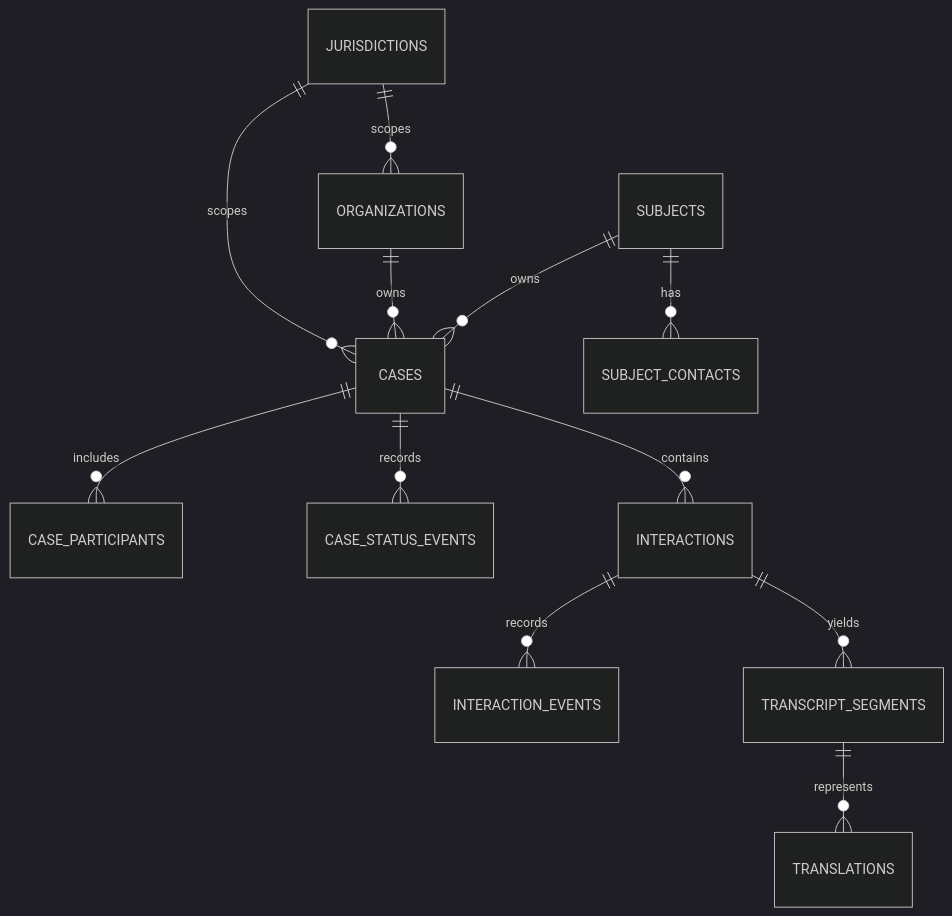
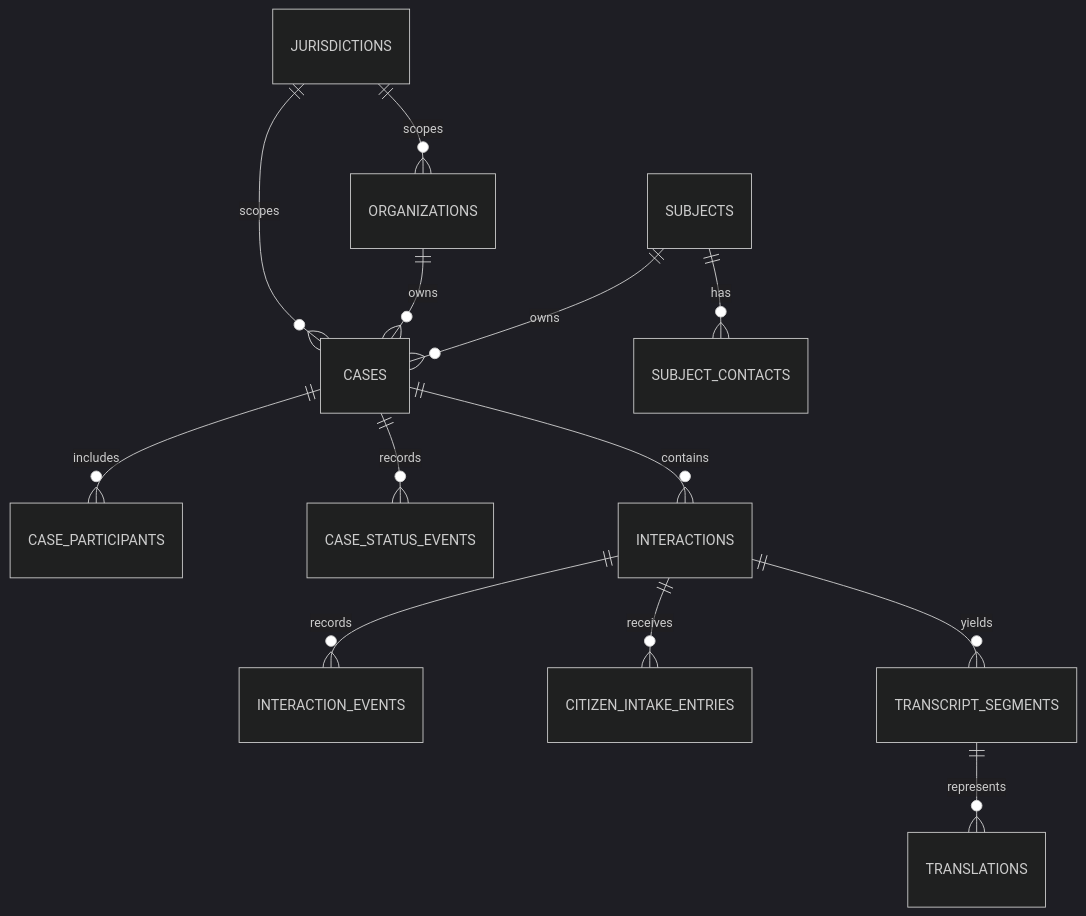
The first of 7 diagrams in docs/data/ERD.md (Abdulrehman1978/93), drawn with Mermaid (dark theme) before and after one commit. The commit also changed other lines of this file and 40 other files, not shown here.

Commit message:
feat: implement packet 07 citizen intake

````diff
--- a/docs/data/ERD.md
+++ b/docs/data/ERD.md
@@ -9,14 +9,15 @@
 ```mermaid
 erDiagram
     JURISDICTIONS ||--o{ ORGANIZATIONS : scopes
     JURISDICTIONS ||--o{ CASES : scopes
     ORGANIZATIONS ||--o{ CASES : owns
     SUBJECTS ||--o{ SUBJECT_CONTACTS : has
     SUBJECTS ||--o{ CASES : owns
     CASES ||--o{ CASE_PARTICIPANTS : includes
     CASES ||--o{ CASE_STATUS_EVENTS : records
     CASES ||--o{ INTERACTIONS : contains
     INTERACTIONS ||--o{ INTERACTION_EVENTS : records
+    INTERACTIONS ||--o{ CITIZEN_INTAKE_ENTRIES : receives
     INTERACTIONS ||--o{ TRANSCRIPT_SEGMENTS : yields
     TRANSCRIPT_SEGMENTS ||--o{ TRANSLATIONS : represents
 ```
````
